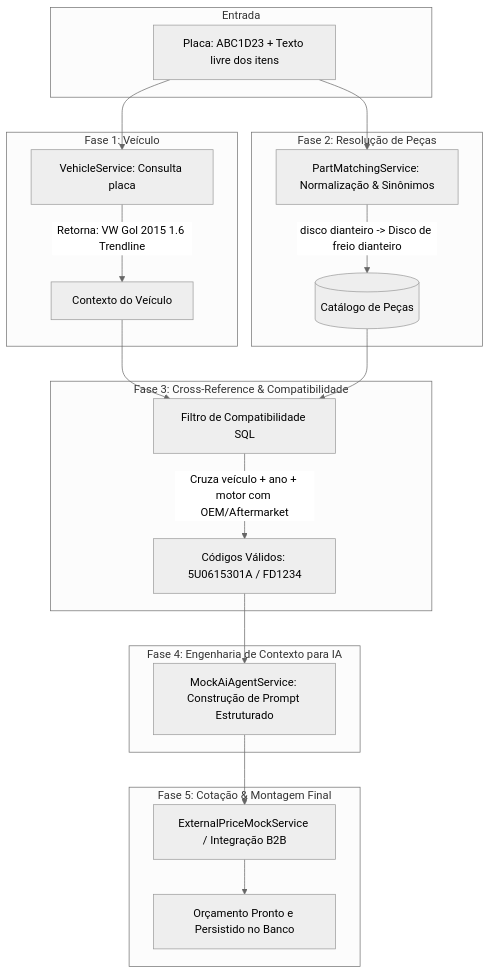
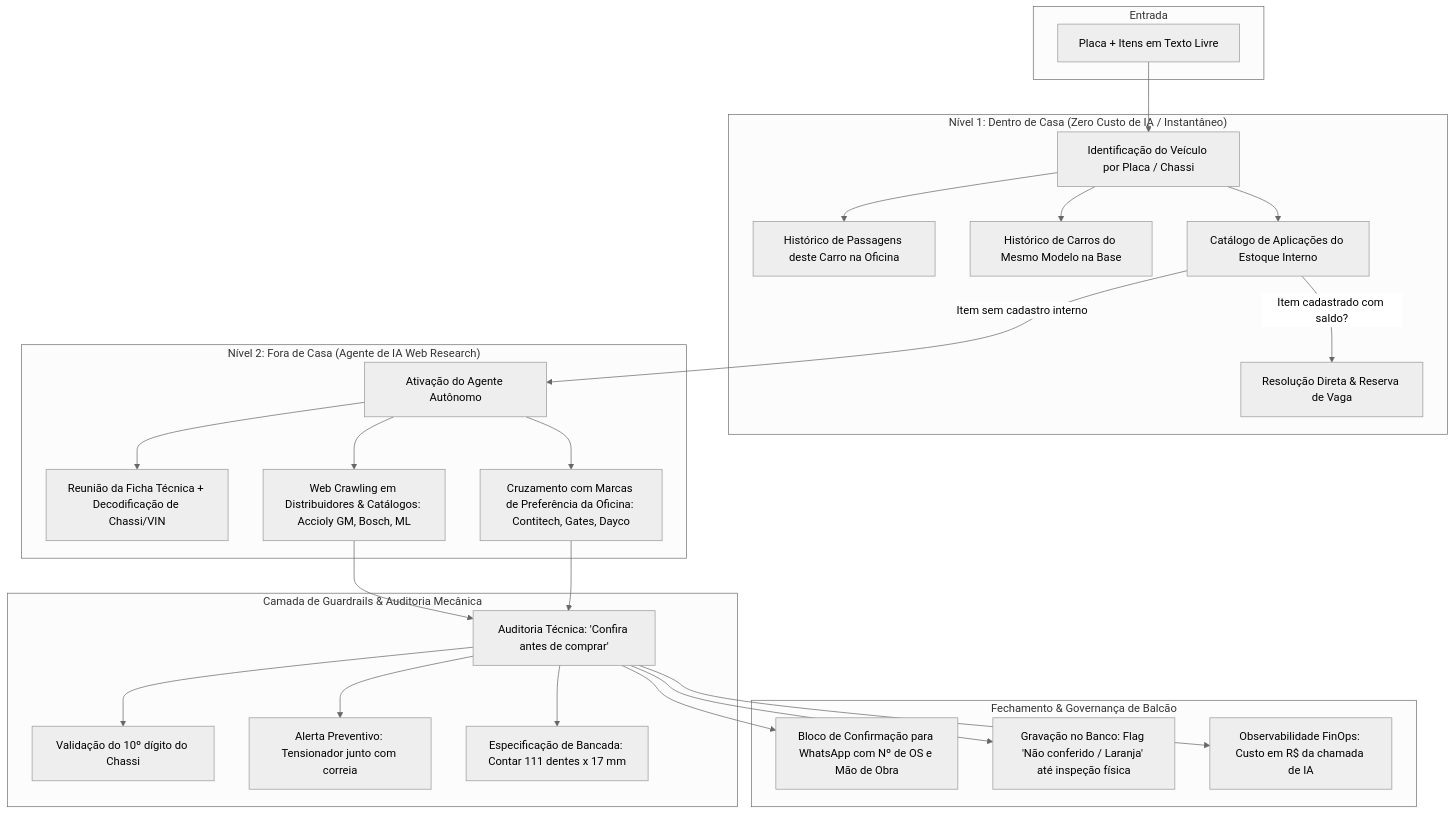
One commit to AdrianLopez001/LocParts changed the first of 2 diagrams in docs/arquitetura-e-funcionamento.md. Above: the diagram before and after it, drawn with Mermaid (neutral theme). The commit also changed other lines of this file and 1 other file, not shown here.

Commit message:
feat(docs): integrate Cartec Bosch production engine architecture and high-fidelity interactive demo

````diff
--- a/docs/arquitetura-e-funcionamento.md
+++ b/docs/arquitetura-e-funcionamento.md
@@ -37,30 +41,34 @@
 ```mermaid
 flowchart TD
     subgraph Entrada
-        A[Placa: ABC1D23 + Texto livre dos itens]
+        A[Placa + Itens em Texto Livre]
     end
 
-    subgraph "Fase 1: Veículo"
-        A --> B[VehicleService: Consulta placa]
-        B -->|Retorna: VW Gol 2015 1.6 Trendline| C[Contexto do Veículo]
+    subgraph N1["Nível 1: Dentro de Casa (Zero Custo de IA / Instantâneo)"]
+        A --> B[Identificação do Veículo por Placa / Chassi]
+        B --> C[Histórico de Passagens deste Carro na Oficina]
+        B --> D[Histórico de Carros do Mesmo Modelo na Base]
+        B --> E[Catálogo de Aplicações do Estoque Interno]
+        E -->|Item cadastrado com saldo?| F[Resolução Direta & Reserva de Vaga]
     end
 
-    subgraph "Fase 2: Resolução de Peças"
-        A --> D[PartMatchingService: Normalização & Sinônimos]
-        D -->|disco dianteiro -> Disco de freio dianteiro| E[(Catálogo de Peças)]
+    subgraph N2["Nível 2: Fora de Casa (Agente de IA Web Research)"]
+        E -->|Item sem cadastro interno| G[Ativação do Agente Autônomo]
+        G --> H[Reunião da Ficha Técnica + Decodificação de Chassi/VIN]
+        G --> I[Web Crawling em Distribuidores & Catálogos: Accioly GM, Bosch, ML]
+        G --> J[Cruzamento com Marcas de Preferência da Oficina: Contitech, Gates, Dayco]
     end
 
-    subgraph "Fase 3: Cross-Reference & Compatibilidade"
-        C & E --> F[Filtro de Compatibilidade SQL]
-        F -->|Cruza veículo + ano + motor com OEM/Aftermarket| G[Códigos Válidos: 5U0615301A / FD1234]
+    subgraph N3["Camada de Guardrails & Auditoria Mecânica"]
+        I & J --> K[Auditoria Técnica: 'Confira antes de comprar']
+        K --> K1[Validação do 10º dígito do Chassi]
+        K --> K2[Alerta Preventivo: Tensionador junto com correia]
+        K --> K3[Especificação de Bancada: Contar 111 dentes x 17 mm]
     end
 
-    subgraph "Fase 4: Engenharia de Contexto para IA"
-        G --> H[MockAiAgentService: Construção de Prompt Estruturado]
-    end
-
-    subgraph "Fase 5: Cotação & Montagem Final"
-        H --> I[ExternalPriceMockService / Integração B2B]
-        I --> J[Orçamento Pronto e Persistido no Banco]
+    subgraph N4["Fechamento & Governança de Balcão"]
+        K --> L[Bloco de Confirmação para WhatsApp com Nº de OS e Mão de Obra]
+        K --> M[Gravação no Banco: Flag 'Não conferido / Laranja' até inspeção física]
+        K --> N[Observabilidade FinOps: Custo em R$ da chamada de IA]
     end
 ```
````
